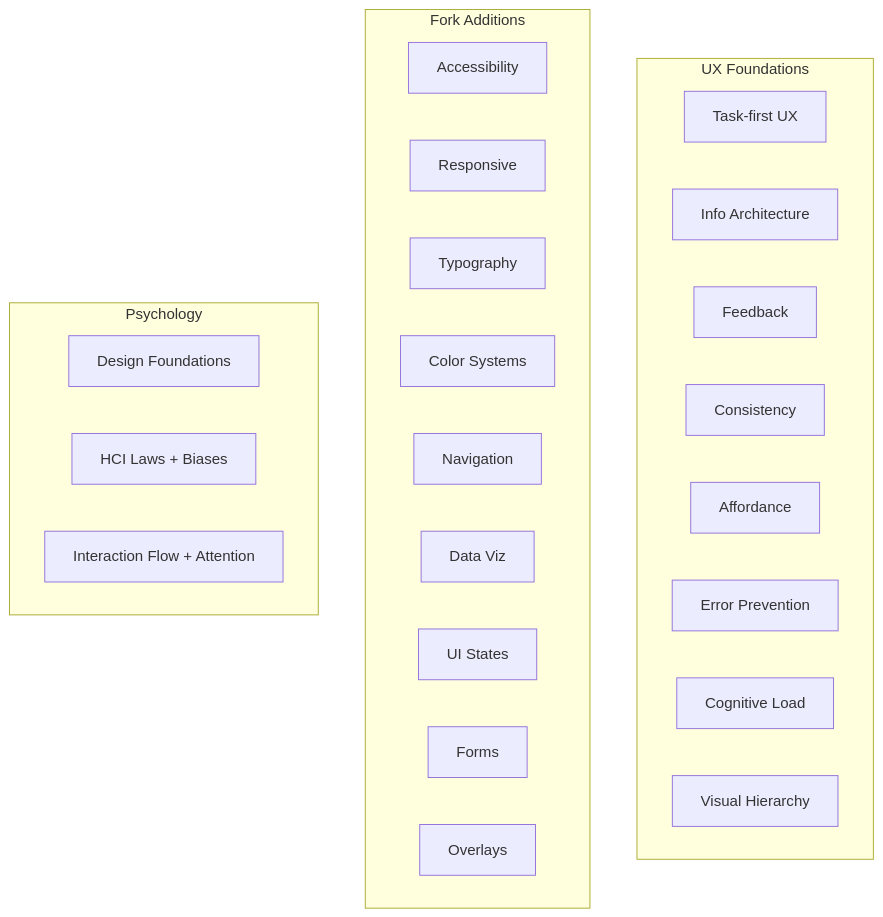
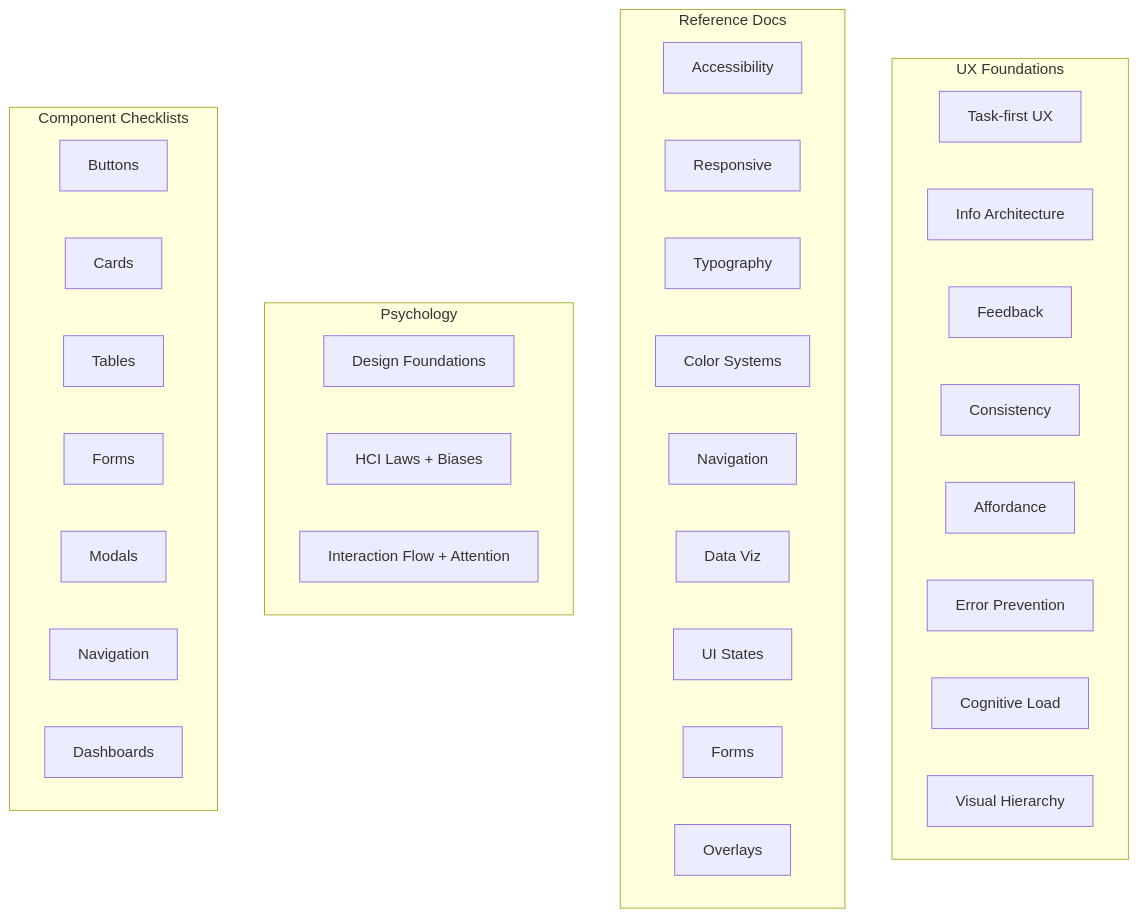
The diagram in docs/coverage.md (narenkatakam/ux-audit), drawn with Mermaid before and after one commit. The commit also changed other lines of this file and 4 other files, not shown here.

````diff
--- a/docs/coverage.md
+++ b/docs/coverage.md
@@ -5,31 +5,41 @@
 ```mermaid
 flowchart TB
     subgraph UX["UX Foundations"]
         A["Task-first UX"]
         B["Info Architecture"]
         C["Feedback"]
         D["Consistency"]
         E["Affordance"]
         F["Error Prevention"]
         G["Cognitive Load"]
         H["Visual Hierarchy"]
     end
 
-    subgraph Fork["Fork Additions"]
+    subgraph Refs["Reference Docs"]
         I["Accessibility"]
         J["Responsive"]
         K["Typography"]
         L["Color Systems"]
         M["Navigation"]
         N["Data Viz"]
         R["UI States"]
         S["Forms"]
         T["Overlays"]
     end
 
     subgraph Psych["Psychology"]
         O["Design Foundations"]
         P["HCI Laws + Biases"]
         Q["Interaction Flow + Attention"]
     end
+
+    subgraph Chk["Component Checklists"]
+        C1["Buttons"]
+        C2["Cards"]
+        C3["Tables"]
+        C4["Forms"]
+        C5["Modals"]
+        C6["Navigation"]
+        C7["Dashboards"]
+    end
 ```
````
